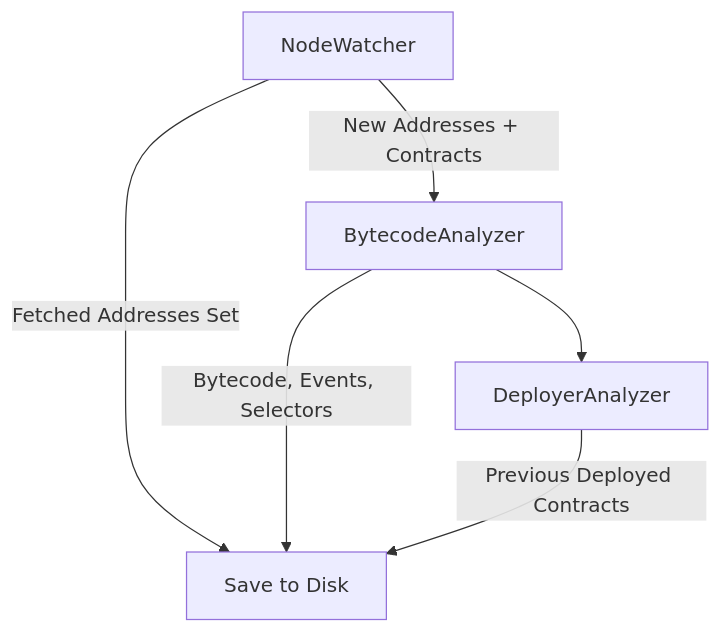
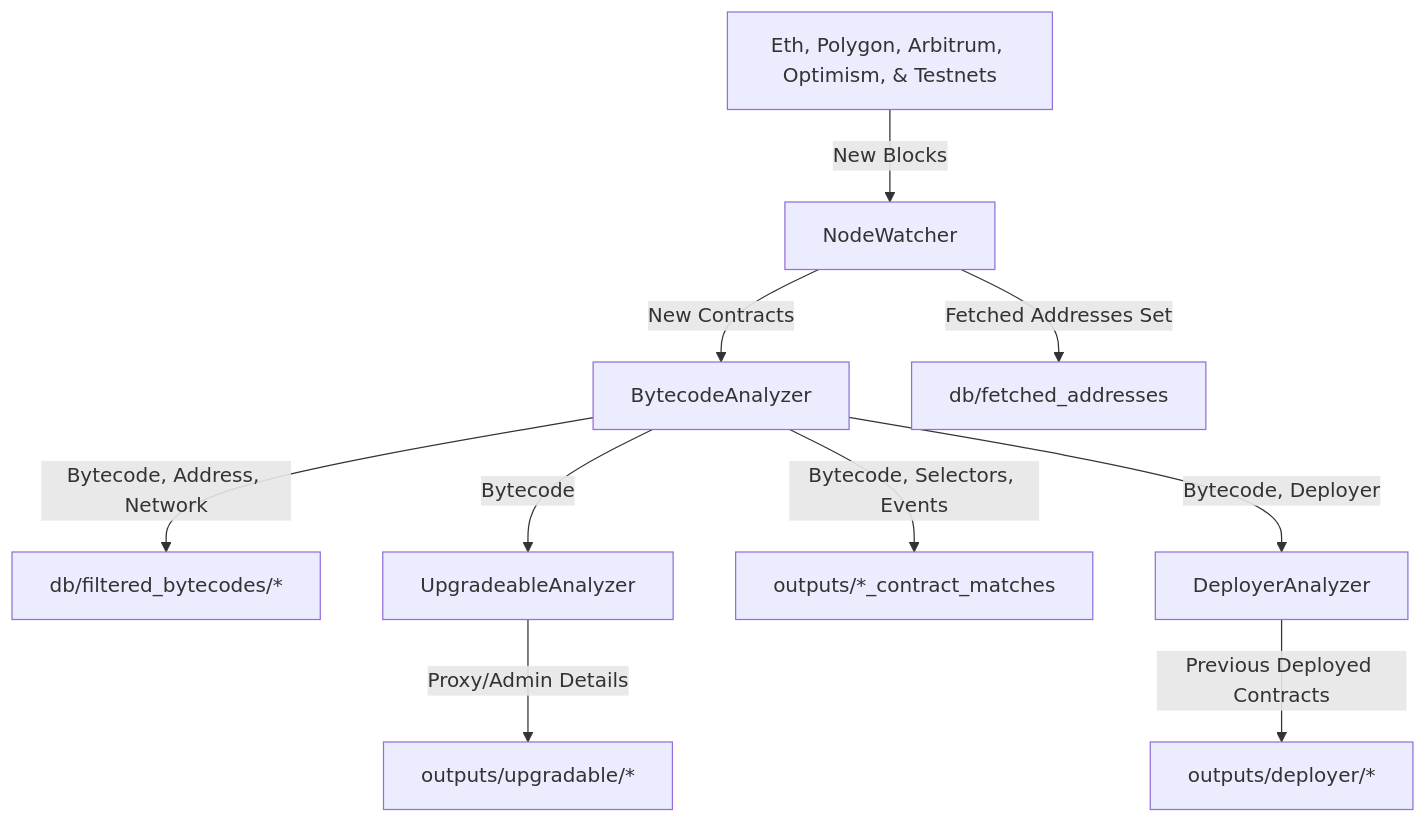
Before and after one commit to plotchy/defi-detective: the second of 2 diagrams in fetching-backend/README.md, drawn with Mermaid. The commit also changed other lines of this file and 4 other files, not shown here.

Commit message:
architecture update

````diff
--- a/fetching-backend/README.md
+++ b/fetching-backend/README.md
@@ -21,8 +21,12 @@
 ```mermaid
 graph
-    A[NodeWatcher] -->|New Addresses + Contracts| B[BytecodeAnalyzer]
-    A[NodeWatcher] -->|Fetched Addresses Set| C[Save to Disk]
-    B -->|Bytecode, Events, Selectors| C
-    B --> D[DeployerAnalyzer]
-    D -->|Previous Deployed Contracts| C
+    J[Eth, Polygon, Arbitrum, Optimism, & Testnets] -->|New Blocks| A[NodeWatcher]
+    A[NodeWatcher] -->|New Contracts| B[BytecodeAnalyzer]
+    A[NodeWatcher] -->|Fetched Addresses Set| C[db/fetched_addresses]
+    B -->|Bytecode, Address, Network| F[db/filtered_bytecodes/*]
+    B -->|Bytecode| E[UpgradeableAnalyzer]
+    B -->|Bytecode, Selectors, Events| H[outputs/*_contract_matches]
+    E -->|Proxy/Admin Details| G[outputs/upgradable/*]
+    B -->|Bytecode, Deployer| D[DeployerAnalyzer]
+    D -->|Previous Deployed Contracts| I[outputs/deployer/*]
 ```
````
